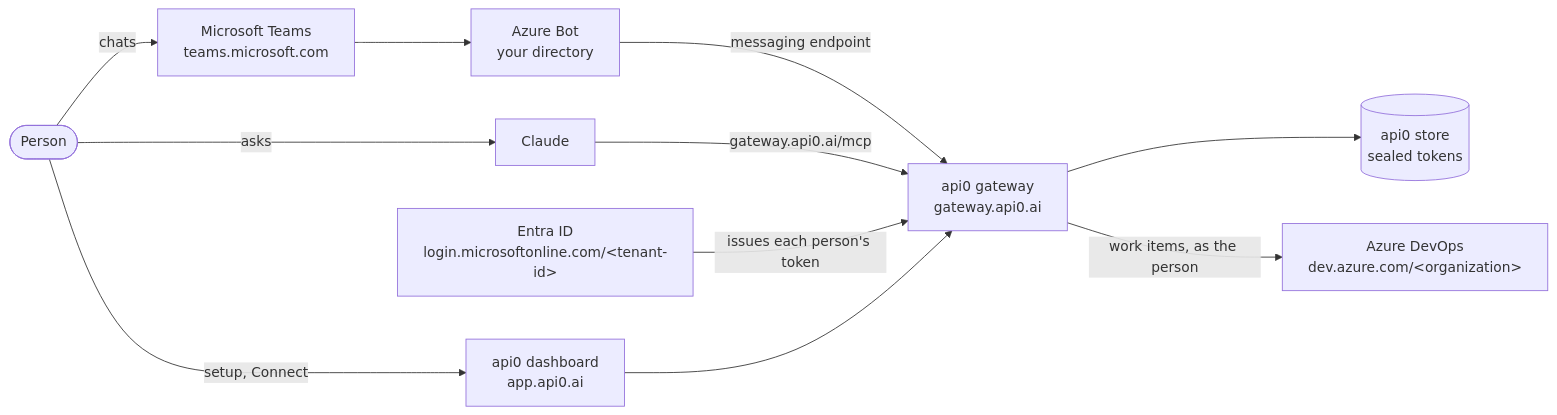
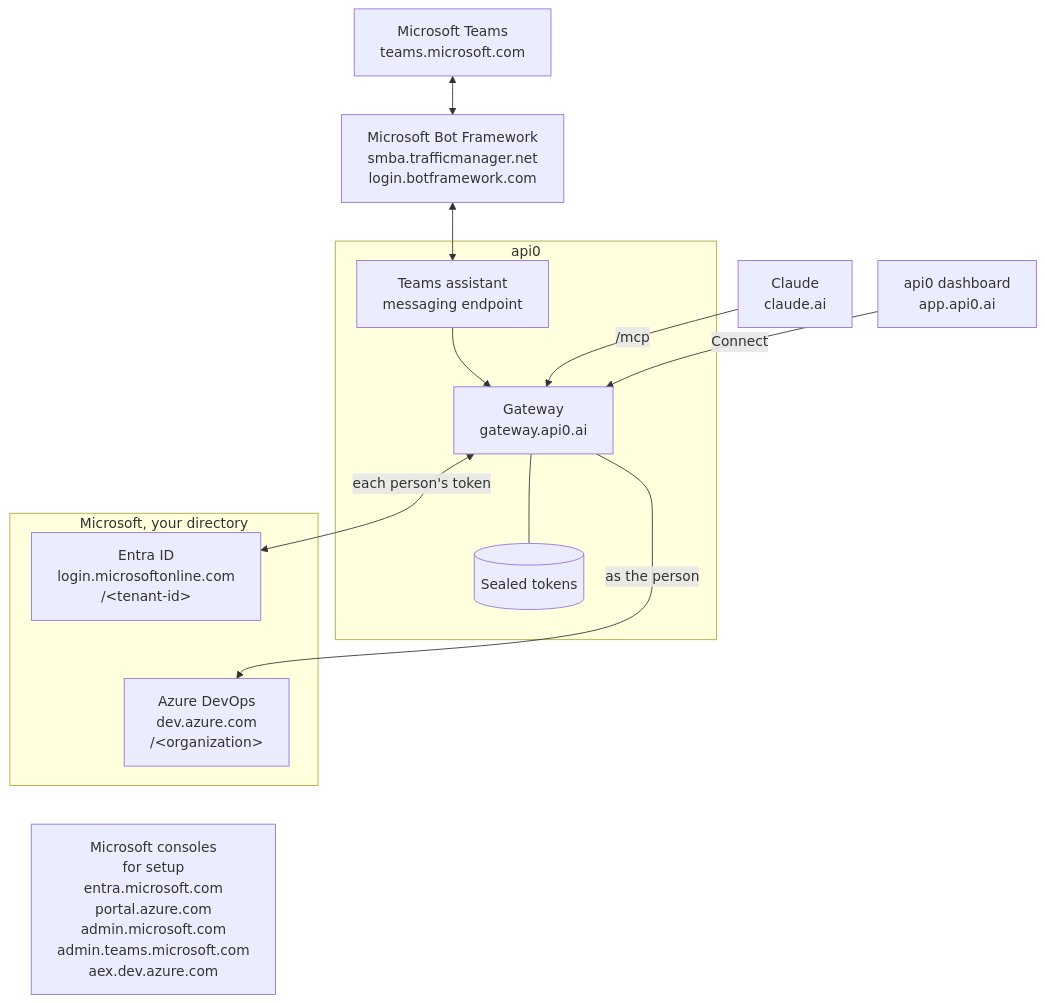
One commit to bennekrouf/landing-api0 changed the first of 3 diagrams in content/guides/en/05-azure-devops-microsoft-sign-in.md. Above: the diagram before and after it, drawn with Mermaid. The commit also changed other lines of this file and 36 other files, not shown here.

````diff
--- a/content/guides/en/05-azure-devops-microsoft-sign-in.md
+++ b/content/guides/en/05-azure-devops-microsoft-sign-in.md
@@ -28,13 +28,30 @@
 ```mermaid
-flowchart LR
-  P([Person]) -->|chats| T[Microsoft Teams<br/>teams.microsoft.com]
-  P -->|asks| C[Claude]
-  T --> B[Azure Bot<br/>your directory]
-  B -->|messaging endpoint| G[api0 gateway<br/>gateway.api0.ai]
-  C -->|gateway.api0.ai/mcp| G
-  G --> S[(api0 store<br/>sealed tokens)]
-  G -->|work items, as the person| D[Azure DevOps<br/>dev.azure.com/&lt;organization&gt;]
-  E[Entra ID<br/>login.microsoftonline.com/&lt;tenant-id&gt;] -->|issues each person's token| G
-  P -->|setup, Connect| A[api0 dashboard<br/>app.api0.ai]
-  A --> G
+%%{init: {"flowchart": {"nodeSpacing": 30, "rankSpacing": 45}}}%%
+flowchart TB
+  T[Microsoft Teams<br/>teams.microsoft.com]
+  C[Claude<br/>claude.ai]
+  A[api0 dashboard<br/>app.api0.ai]
+  BF[Microsoft Bot Framework<br/>smba.trafficmanager.net<br/>login.botframework.com]
+  subgraph API0[api0]
+    W[Teams assistant<br/>messaging endpoint]
+    G[Gateway<br/>gateway.api0.ai]
+    S[(Sealed tokens)]
+  end
+  subgraph MS[Microsoft, your directory]
+    E[Entra ID<br/>login.microsoftonline.com<br/>/&lt;tenant-id&gt;]
+    D[Azure DevOps<br/>dev.azure.com<br/>/&lt;organization&gt;]
+    E ~~~ D
+  end
+  ADM[Microsoft consoles<br/>for setup<br/>entra.microsoft.com<br/>portal.azure.com<br/>admin.microsoft.com<br/>admin.teams.microsoft.com<br/>aex.dev.azure.com]
+
+  T <--> BF
+  BF <--> W
+  W --> G
+  C -->|/mcp| G
+  A -->|Connect| G
+  G --- S
+  G -->|as the person| D
+  G <-->|each person's token| E
+  E ~~~ ADM
+  D ~~~ ADM
 ```
````
